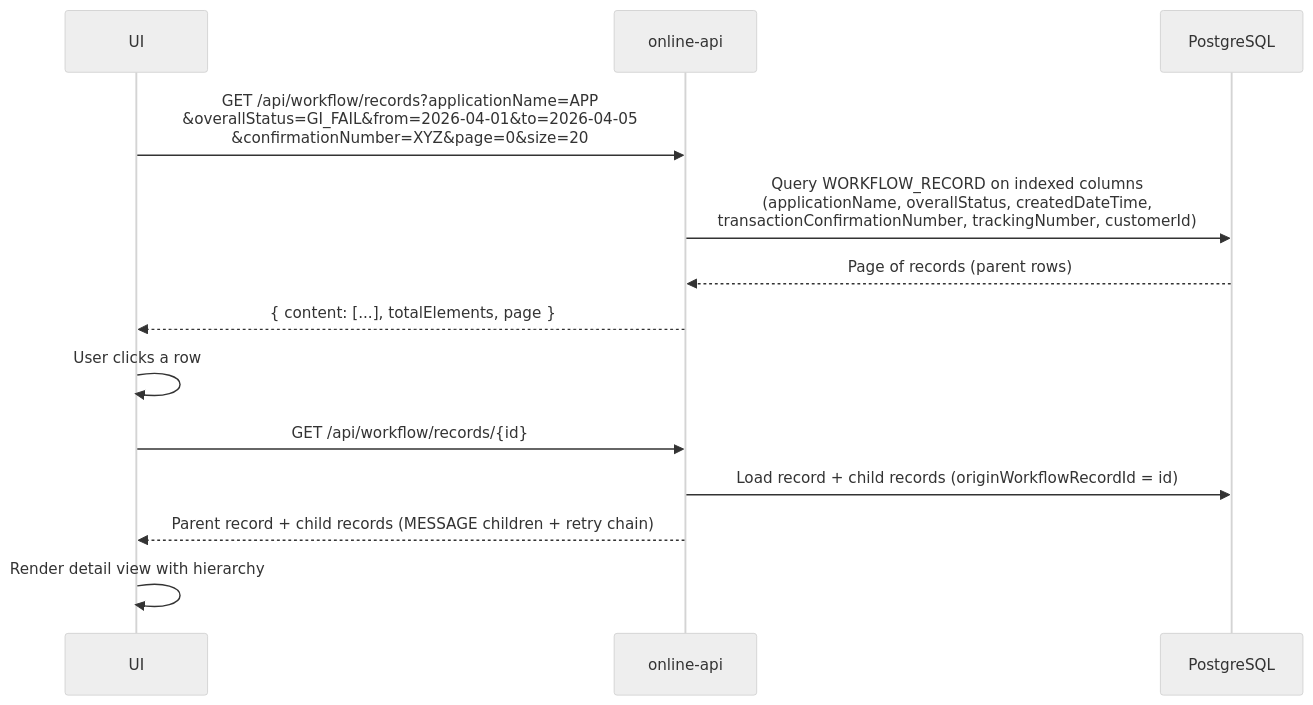
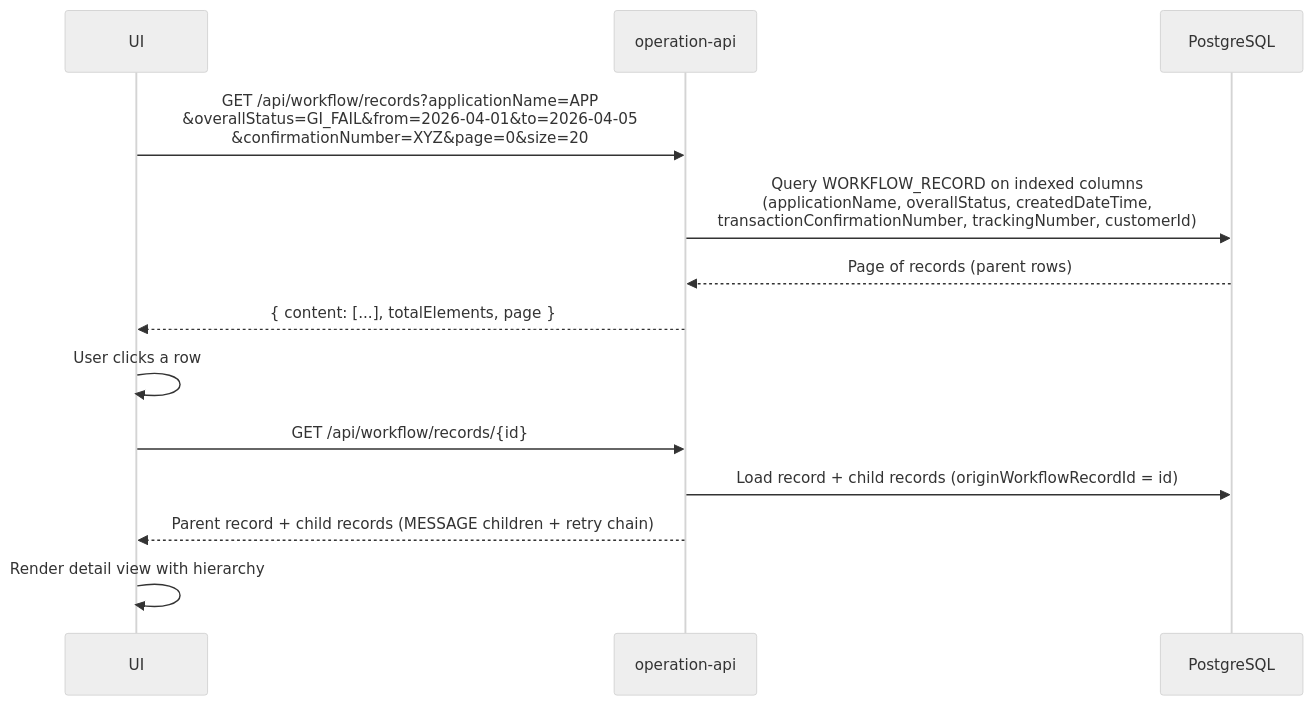
Before and after one commit to yiurenma/workflow-agent-teams: the sixth of 7 diagrams in docs/arch-doc-v1.0.md, drawn with Mermaid (neutral theme). The commit also changed other lines of this file, not shown here.

First line of the commit message:
Update Architect Doc to v1.1 — all AD decisions resolved

````diff
--- a/docs/arch-doc-v1.0.md
+++ b/docs/arch-doc-v1.0.md
@@ -204,16 +206,16 @@
 ```mermaid
 sequenceDiagram
   participant UI
-  participant ON as online-api
+  participant OP as operation-api
   participant DB as PostgreSQL
 
-  UI->>ON: GET /api/workflow/records?applicationName=APP<br/>&overallStatus=GI_FAIL&from=2026-04-01&to=2026-04-05<br/>&confirmationNumber=XYZ&page=0&size=20
-  ON->>DB: Query WORKFLOW_RECORD on indexed columns<br/>(applicationName, overallStatus, createdDateTime,<br/>transactionConfirmationNumber, trackingNumber, customerId)
-  DB-->>ON: Page of records (parent rows)
-  ON-->>UI: { content: [...], totalElements, page }
+  UI->>OP: GET /api/workflow/records?applicationName=APP<br/>&overallStatus=GI_FAIL&from=2026-04-01&to=2026-04-05<br/>&confirmationNumber=XYZ&page=0&size=20
+  OP->>DB: Query WORKFLOW_RECORD on indexed columns<br/>(applicationName, overallStatus, createdDateTime,<br/>transactionConfirmationNumber, trackingNumber, customerId)
+  DB-->>OP: Page of records (parent rows)
+  OP-->>UI: { content: [...], totalElements, page }
   UI->>UI: User clicks a row
-  UI->>ON: GET /api/workflow/records/{id}
-  ON->>DB: Load record + child records (originWorkflowRecordId = id)
-  ON-->>UI: Parent record + child records (MESSAGE children + retry chain)
+  UI->>OP: GET /api/workflow/records/{id}
+  OP->>DB: Load record + child records (originWorkflowRecordId = id)
+  OP-->>UI: Parent record + child records (MESSAGE children + retry chain)
   UI->>UI: Render detail view with hierarchy
 ```
````
